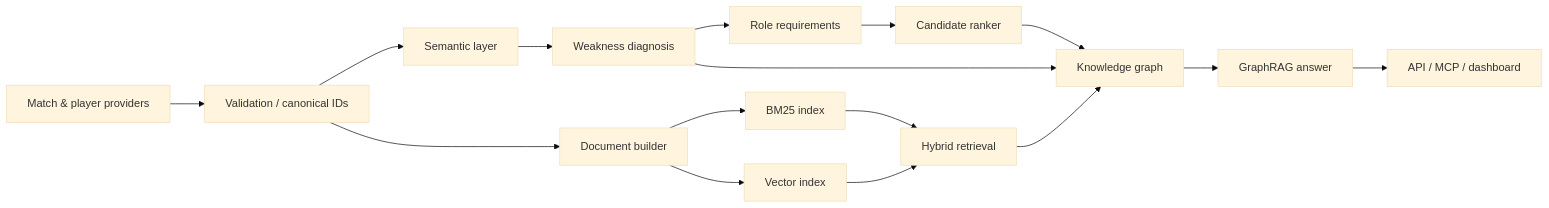
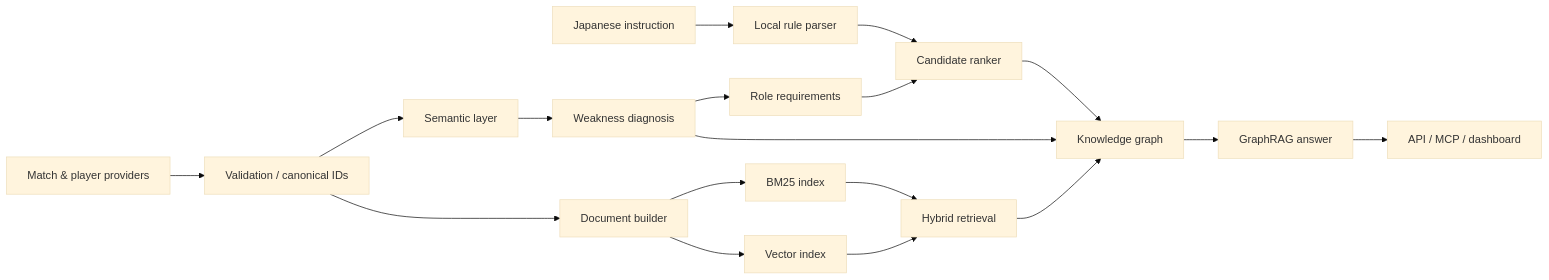
One commit to koutarou208-arch/Premier changed the diagram in arsenal-scout/docs/architecture.md. Above: the diagram before and after it, drawn with Mermaid (base theme). The commit also changed other lines of this file and 9 other files, not shown here.

````diff
--- a/arsenal-scout/docs/architecture.md
+++ b/arsenal-scout/docs/architecture.md
@@ -5,18 +5,20 @@
 ```mermaid
 flowchart LR
     A[Match & player providers] --> B[Validation / canonical IDs]
+    Q[Japanese instruction] --> P[Local rule parser]
+    P --> F
     B --> C[Semantic layer]
     C --> D[Weakness diagnosis]
     D --> E[Role requirements]
     E --> F[Candidate ranker]
     B --> G[Document builder]
     G --> H[BM25 index]
     G --> I[Vector index]
     H --> J[Hybrid retrieval]
     I --> J
     D --> K[Knowledge graph]
     J --> K
     F --> K
     K --> L[GraphRAG answer]
     L --> M[API / MCP / dashboard]
 ```
````
